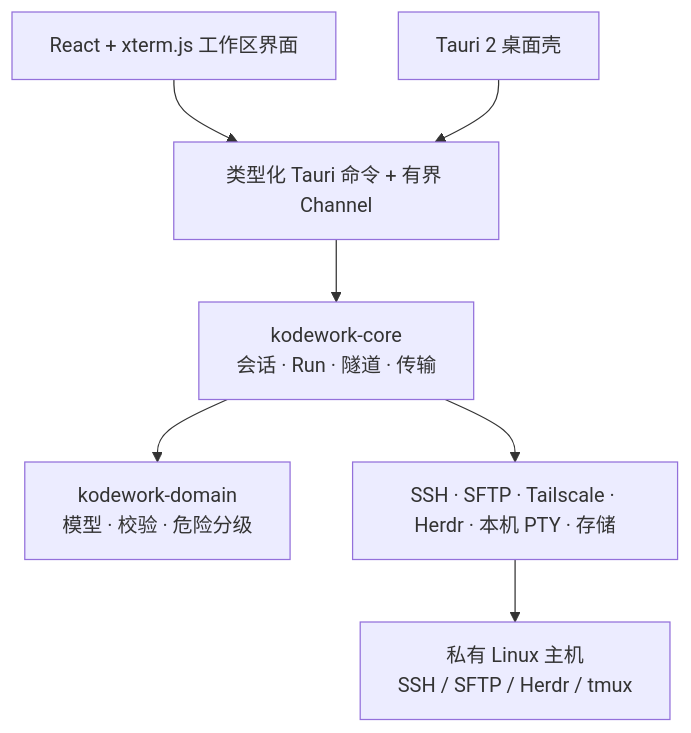
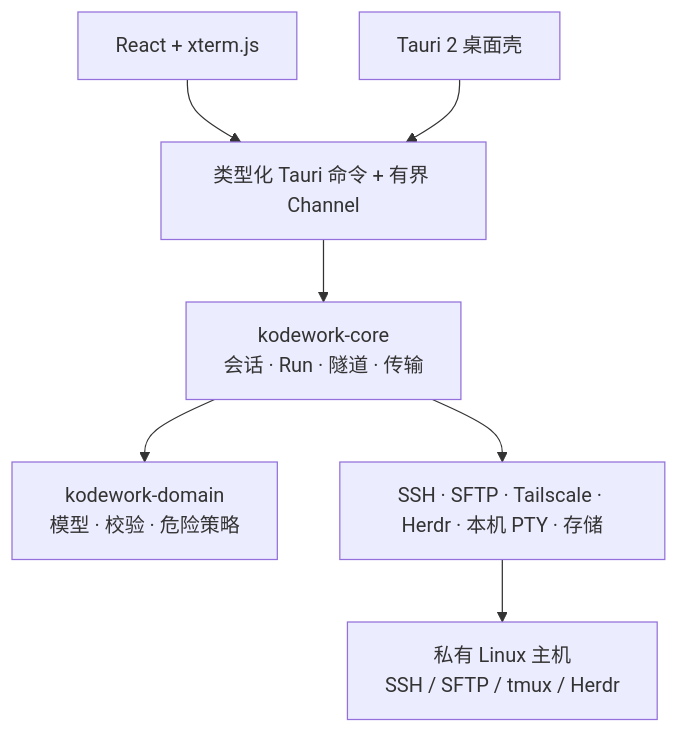
The diagram in README.zh-CN.md (likangmax/KodeWork), drawn with Mermaid before and after one commit. The commit also changed other lines of this file and 16 other files, not shown here.

````diff
--- a/README.zh-CN.md
+++ b/README.zh-CN.md
@@ -76,9 +112,9 @@
 ```mermaid
 flowchart TB
-  UI[React + xterm.js 工作区界面] --> IPC[类型化 Tauri 命令 + 有界 Channel]
+  UI[React + xterm.js] --> IPC[类型化 Tauri 命令 + 有界 Channel]
   Shell[Tauri 2 桌面壳] --> IPC
   IPC --> Core[kodework-core\n会话 · Run · 隧道 · 传输]
-  Core --> Domain[kodework-domain\n模型 · 校验 · 危险分级]
+  Core --> Domain[kodework-domain\n模型 · 校验 · 危险策略]
   Core --> Adapters[SSH · SFTP · Tailscale · Herdr · 本机 PTY · 存储]
-  Adapters --> Host[私有 Linux 主机\nSSH / SFTP / Herdr / tmux]
+  Adapters --> Host[私有 Linux 主机\nSSH / SFTP / tmux / Herdr]
 ```
````
